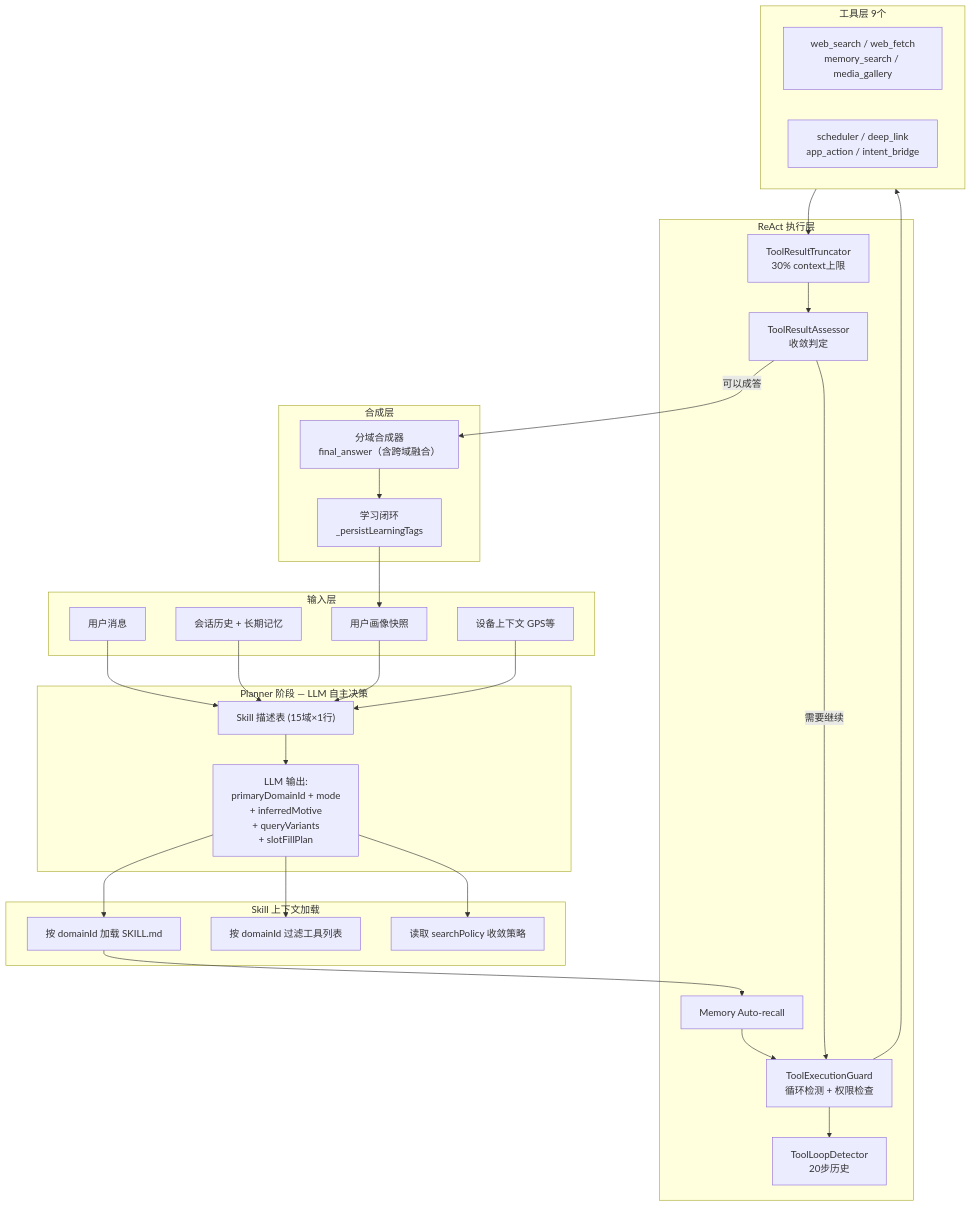
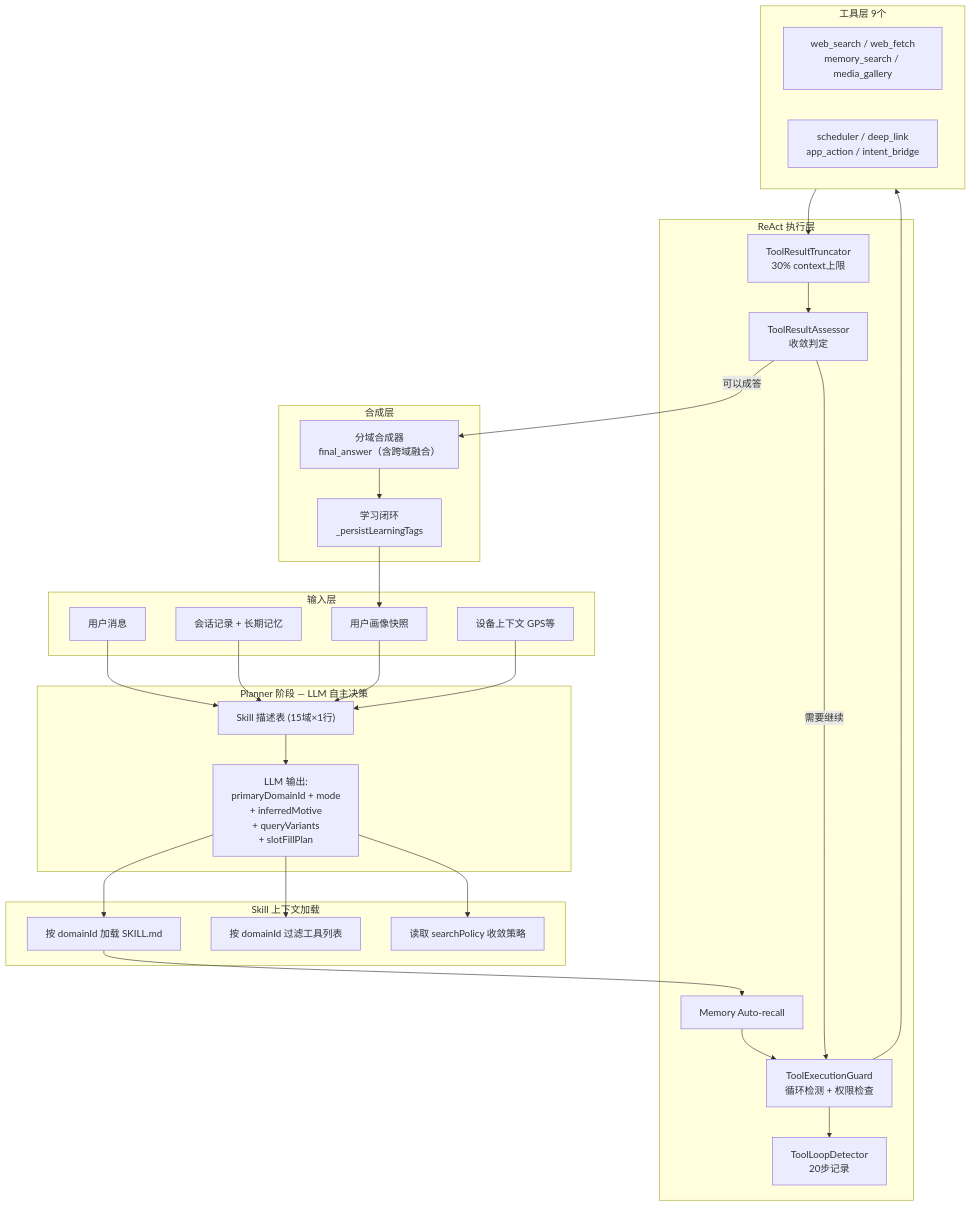
Before and after one commit to openstudio2022/quwoquan: the diagram in quwoquan_app/assistant/docs/architecture_overview.md, drawn with Mermaid. The commit also changed other lines of this file and 1604 other files, not shown here.

````diff
--- a/quwoquan_app/assistant/docs/architecture_overview.md
+++ b/quwoquan_app/assistant/docs/architecture_overview.md
@@ -33,60 +33,60 @@
 ```mermaid
 flowchart TB
     subgraph input [输入层]
         UserQuery[用户消息]
-        History[会话历史 + 长期记忆]
+        History[会话记录 + 长期记忆]
         Profile[用户画像快照]
         Context[设备上下文 GPS等]
     end
 
     subgraph planner [Planner 阶段 — LLM 自主决策]
         SkillCatalog["Skill 描述表 (15域×1行)"]
         LLMPlan["LLM 输出:\nprimaryDomainId + mode\n+ inferredMotive\n+ queryVariants\n+ slotFillPlan"]
     end
 
     subgraph skillLoad [Skill 上下文加载]
         LoadSKILL[按 domainId 加载 SKILL.md]
         LoadTools[按 domainId 过滤工具列表]
         LoadPolicy[读取 searchPolicy 收敛策略]
     end
 
     subgraph react [ReAct 执行层]
         AutoRecall[Memory Auto-recall]
         Guard[ToolExecutionGuard\n循环检测 + 权限检查]
-        LoopDetector[ToolLoopDetector\n20步历史]
+        LoopDetector[ToolLoopDetector\n20步记录]
         Truncator[ToolResultTruncator\n30% context上限]
         Assessor[ToolResultAssessor\n收敛判定]
     end
 
     subgraph tools [工具层 9个]
         SearchTools["web_search / web_fetch\nmemory_search / media_gallery"]
         ActionTools["scheduler / deep_link\napp_action / intent_bridge"]
     end
 
     subgraph synthesis [合成层]
         Synthesizer[分域合成器\nfinal_answer（含跨域融合）]
         Learning[学习闭环\n_persistLearningTags]
     end
 
     UserQuery --> SkillCatalog
     History --> SkillCatalog
     Profile --> SkillCatalog
     Context --> SkillCatalog
     SkillCatalog --> LLMPlan
 
     LLMPlan --> LoadSKILL
     LLMPlan --> LoadTools
     LLMPlan --> LoadPolicy
 
     LoadSKILL --> AutoRecall
     AutoRecall --> Guard
     Guard --> LoopDetector
     Guard --> tools
     tools --> Truncator
     Truncator --> Assessor
     Assessor -->|"需要继续"| Guard
     Assessor -->|"可以成答"| Synthesizer
 
     Synthesizer --> Learning
     Learning --> Profile
 ```
````
